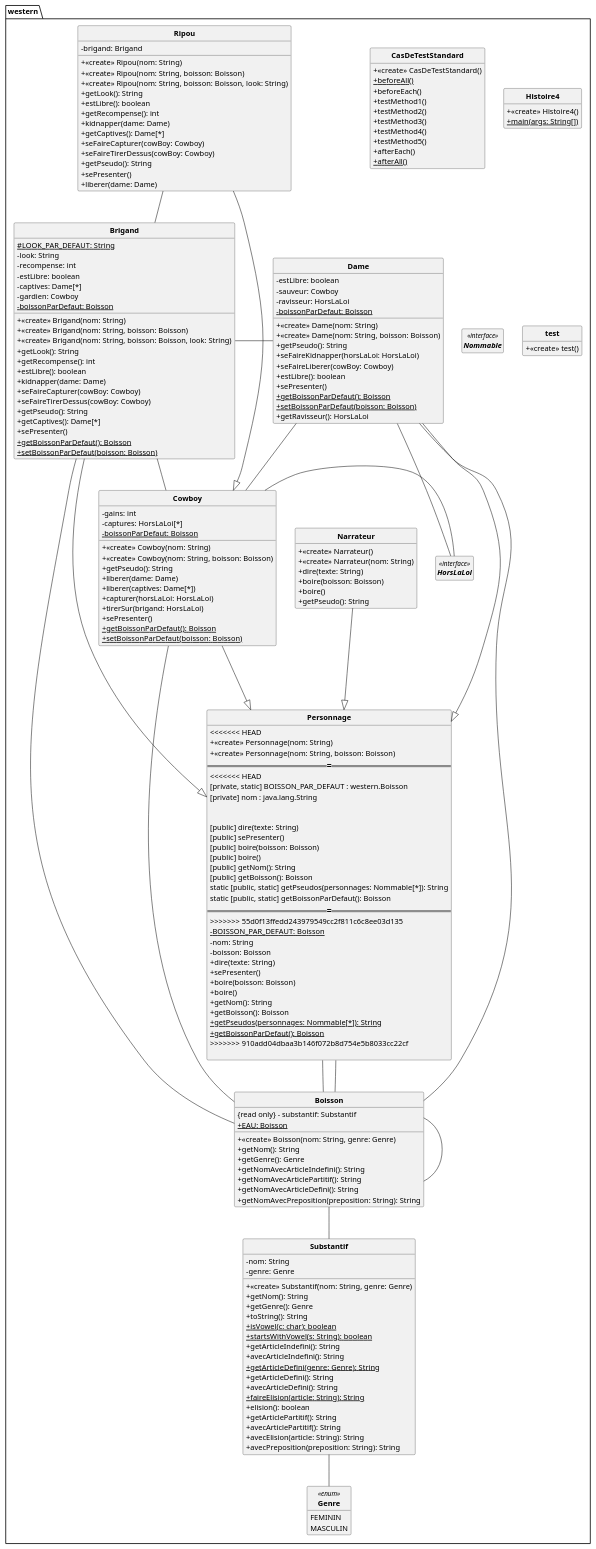
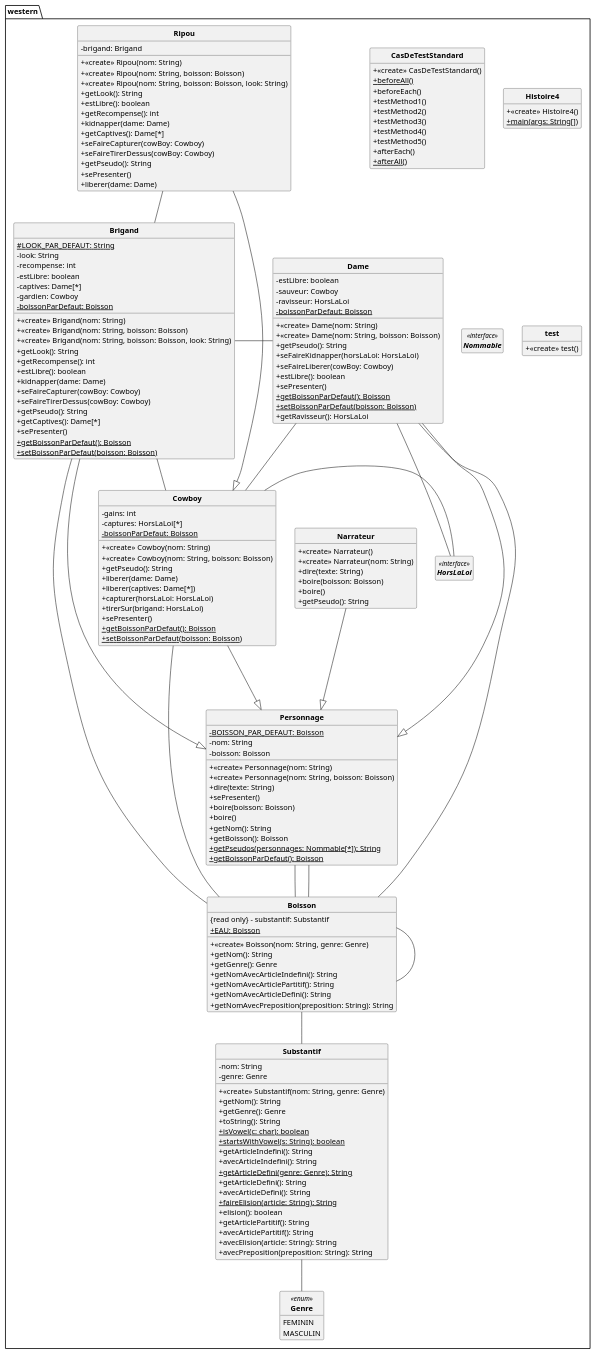
The diagram in src/pumlFromJava/DC_Western.puml (SylvainSchaefer/Java-to-PUML), drawn with PlantUML before and after one commit. The commit also changed 3 other files, not shown here.

```diff
--- a/src/pumlFromJava/DC_Western.puml
+++ b/src/pumlFromJava/DC_Western.puml
@@ -136,25 +136,8 @@
 Interface western.Nommable<<interface>> {
 }
 Class western.Personnage{
-<<<<<<< HEAD
 + <<create>> Personnage(nom: String)
 + <<create>> Personnage(nom: String, boisson: Boisson)
-=======
-<<<<<<< HEAD
-[private, static] BOISSON_PAR_DEFAUT : western.Boisson
-[private] nom : java.lang.String
-
-
-[public] dire(texte: String)
-[public] sePresenter()
-[public] boire(boisson: Boisson)
-[public] boire()
-[public] getNom(): String
-[public] getBoisson(): Boisson
-static [public, static] getPseudos(personnages: Nommable[*]): String
-static [public, static] getBoissonParDefaut(): Boisson
-=======
->>>>>>> 55d0f13ffedd243979549cc2f811c6c8ee03d135
 {static} - BOISSON_PAR_DEFAUT: Boisson
 - nom: String
 - boisson: Boisson
@@ -166,7 +149,6 @@
 + getBoisson(): Boisson
 {static} + getPseudos(personnages: Nommable[*]): String
 {static} + getBoissonParDefaut(): Boisson
->>>>>>> 910add04dbaa3b146f072b8d754e5b8033cc22cf
 
 }
 western.Personnage -- western.Boisson
```
